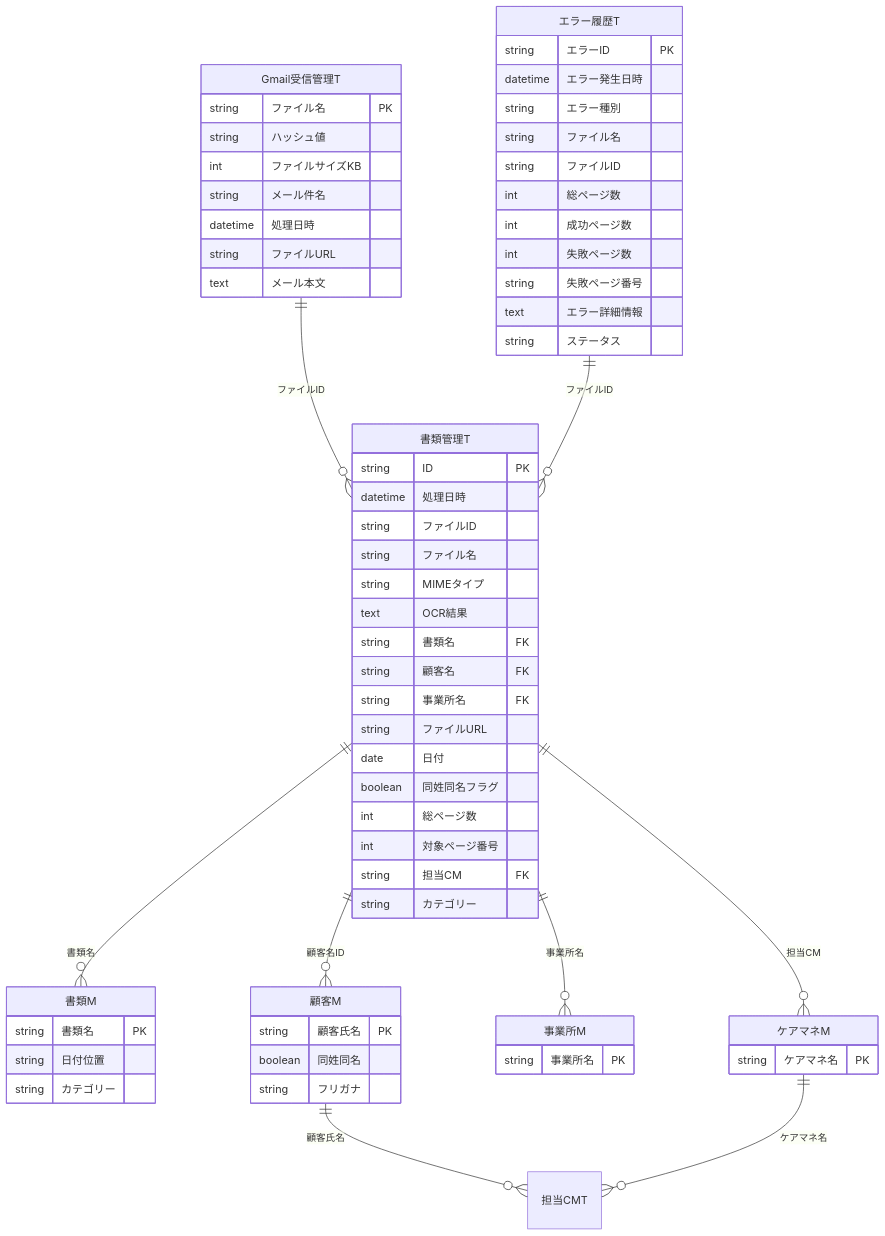
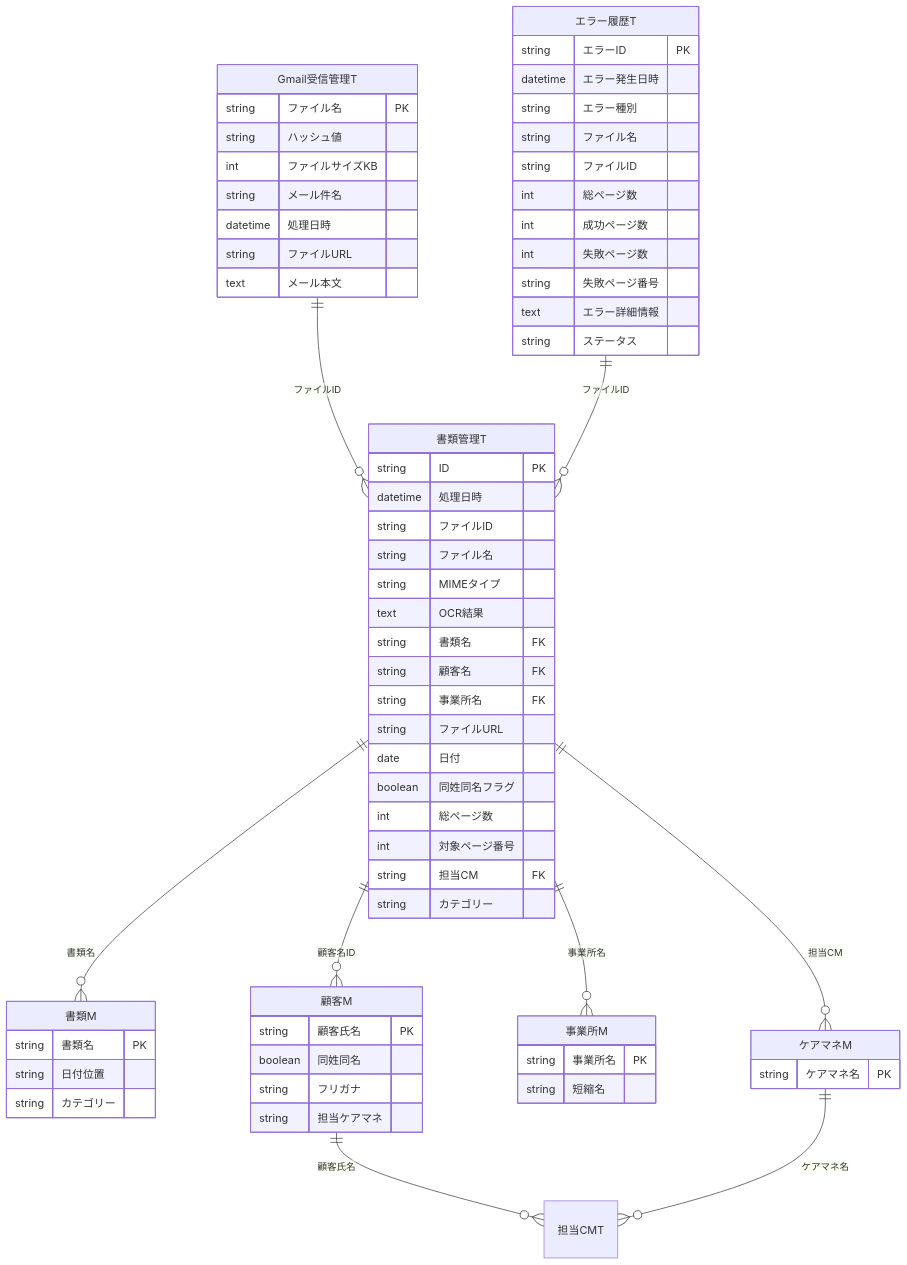
One commit to yasushi-honda/doc-split changed the diagram in docs/context/data-model.md. Above: the diagram before and after it, drawn with Mermaid. The commit also changed other lines of this file and 3 other files, not shown here.

````diff
--- a/docs/context/data-model.md
+++ b/docs/context/data-model.md
@@ -20,76 +20,78 @@
 ```mermaid
 erDiagram
     書類管理T ||--o{ 書類M : "書類名"
     書類管理T ||--o{ 顧客M : "顧客名ID"
     書類管理T ||--o{ 事業所M : "事業所名"
     書類管理T ||--o{ ケアマネM : "担当CM"
 
     顧客M ||--o{ 担当CMT : "顧客氏名"
     ケアマネM ||--o{ 担当CMT : "ケアマネ名"
 
     Gmail受信管理T ||--o{ 書類管理T : "ファイルID"
     エラー履歴T ||--o{ 書類管理T : "ファイルID"
 
     書類管理T {
         string ID PK
         datetime 処理日時
         string ファイルID
         string ファイル名
         string MIMEタイプ
         text OCR結果
         string 書類名 FK
         string 顧客名 FK
         string 事業所名 FK
         string ファイルURL
         date 日付
         boolean 同姓同名フラグ
         int 総ページ数
         int 対象ページ番号
         string 担当CM FK
         string カテゴリー
     }
 
     顧客M {
         string 顧客氏名 PK
         boolean 同姓同名
         string フリガナ
+        string 担当ケアマネ
     }
 
     書類M {
         string 書類名 PK
         string 日付位置
         string カテゴリー
     }
 
     事業所M {
         string 事業所名 PK
+        string 短縮名
     }
 
     ケアマネM {
         string ケアマネ名 PK
     }
 
     Gmail受信管理T {
         string ファイル名 PK
         string ハッシュ値
         int ファイルサイズKB
         string メール件名
         datetime 処理日時
         string ファイルURL
         text メール本文
     }
 
     エラー履歴T {
         string エラーID PK
         datetime エラー発生日時
         string エラー種別
         string ファイル名
         string ファイルID
         int 総ページ数
         int 成功ページ数
         int 失敗ページ数
         string 失敗ページ番号
         text エラー詳細情報
         string ステータス
     }
 ```
````
